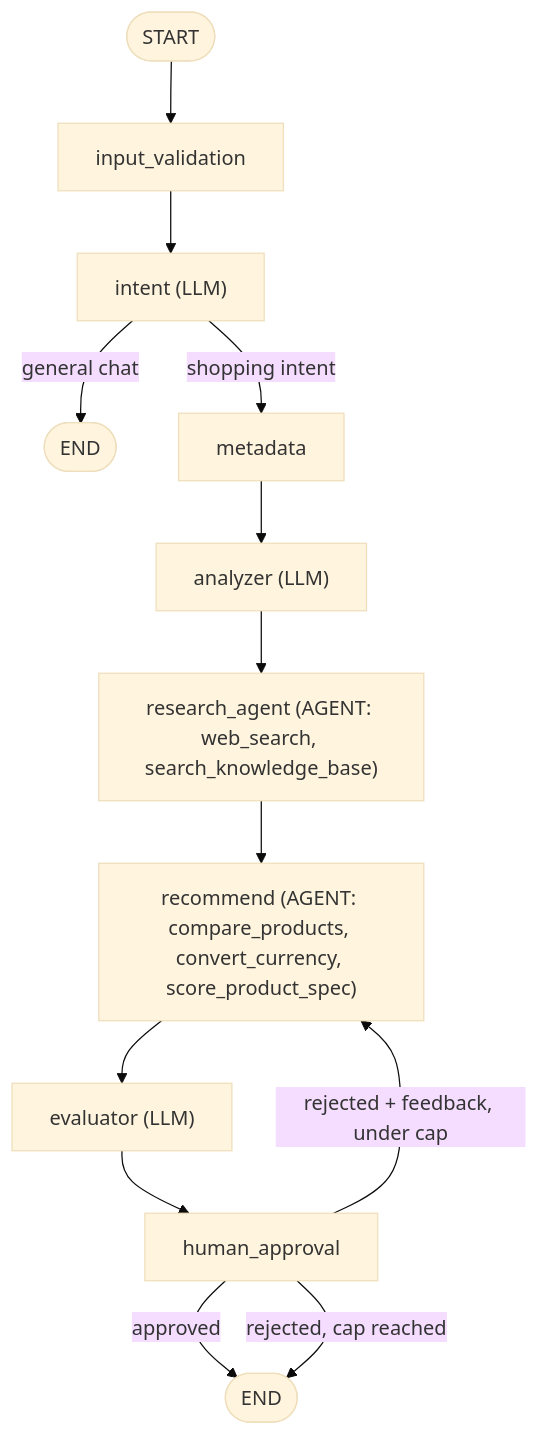
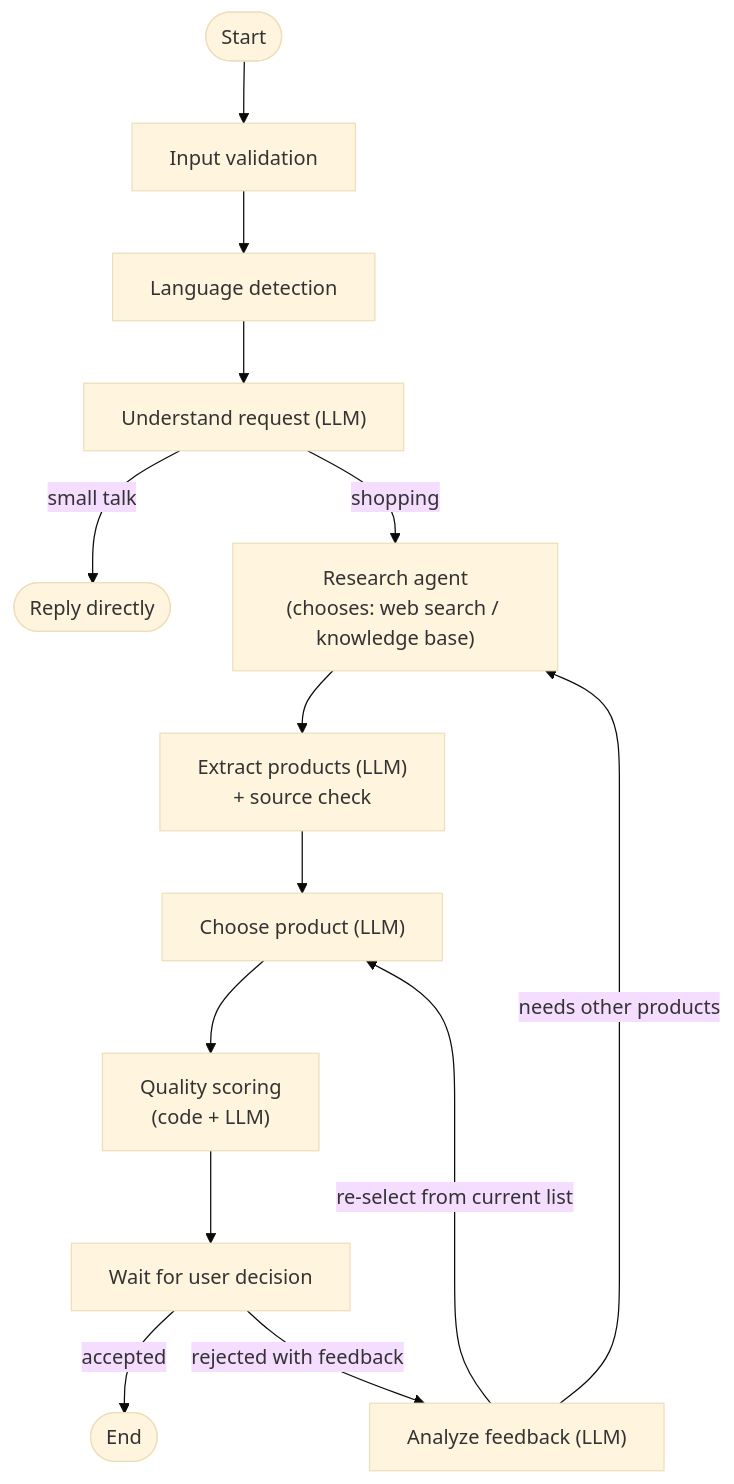
Before and after one commit to DucwTran/ShoppingAssistantAgent: the diagram in README.md, drawn with Mermaid (base theme). The commit also changed other lines of this file and 92 other files, not shown here.

````diff
--- a/README.md
+++ b/README.md
@@ -18,15 +29,15 @@
 ```mermaid
 flowchart TD
-    START([START]) --> IV[input_validation]
-    IV --> INT["intent (LLM)"]
-    INT -->|general chat| END1([END])
-    INT -->|shopping intent| MD[metadata]
-    MD --> AN["analyzer (LLM)"]
-    AN --> RA["research_agent (AGENT: web_search, search_knowledge_base)"]
-    RA --> REC["recommend (AGENT: compare_products, convert_currency, score_product_spec)"]
-    REC --> EV["evaluator (LLM)"]
-    EV --> HA[human_approval]
-    HA -->|approved| END2([END])
-    HA -->|rejected + feedback, under cap| REC
-    HA -->|rejected, cap reached| END2
+    START([Start]) --> IV[Input validation] --> MD[Language detection]
+    MD --> UN["Understand request (LLM)"]
+    UN -->|small talk| END1([Reply directly])
+    UN -->|shopping| RA["Research agent<br/>(chooses: web search / knowledge base)"]
+    RA --> EP["Extract products (LLM)<br/>+ source check"]
+    EP --> REC["Choose product (LLM)"]
+    REC --> EV["Quality scoring<br/>(code + LLM)"]
+    EV --> HA[Wait for user decision]
+    HA -->|accepted| END2([End])
+    HA -->|rejected with feedback| FR["Analyze feedback (LLM)"]
+    FR -->|needs other products| RA
+    FR -->|re-select from current list| REC
 ```
````
